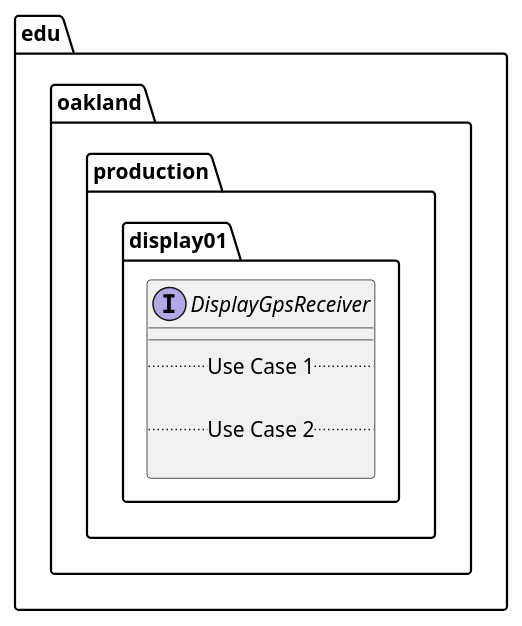
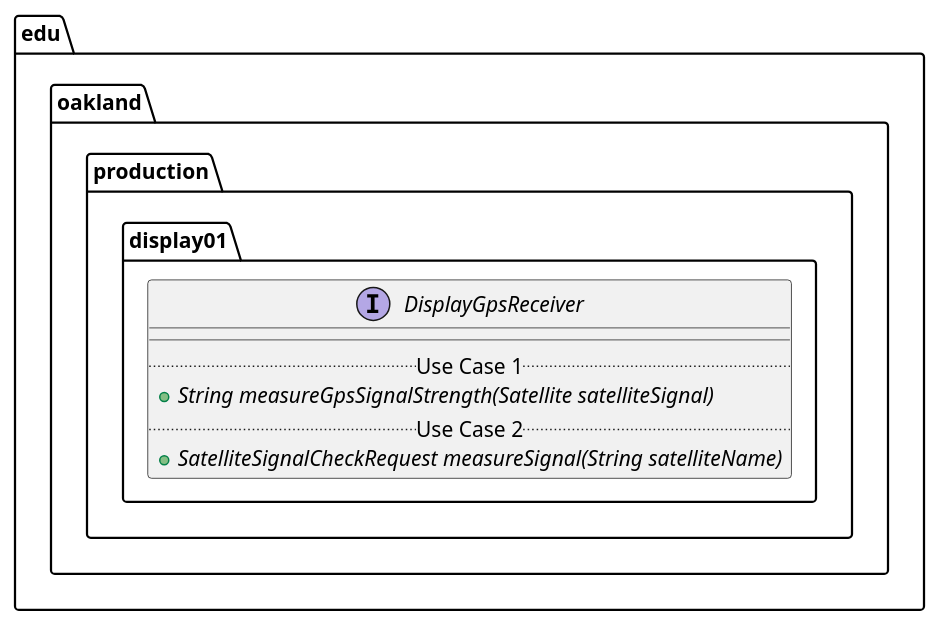
Before and after one commit to elilley15/csi-3370-software-project: the diagram in docs/uml-class-diagrams/display01/production/DisplayGpsReceiver/DisplayGpsReceiver.puml, drawn with PlantUML. The commit also changed 2 other files, not shown here.

Commit message:
[Display_01] Update Display_01 Public Interface UML Class Diagrams (#16)
* Update DisplayGpsInterface.puml

Adding public methods

* Update DisplayGpsReceiver.puml (#17)

added displayGPSReciever Public Methods

* Update DisplayGpsManager.puml (#18)

added public methods

```diff
--- a/docs/uml-class-diagrams/display01/production/DisplayGpsReceiver/DisplayGpsReceiver.puml
+++ b/docs/uml-class-diagrams/display01/production/DisplayGpsReceiver/DisplayGpsReceiver.puml
@@ -1,13 +1,13 @@
 @startuml DisplayGpsReceiver
 
 package edu.oakland.production.display01 {
     interface DisplayGpsReceiver {
         __
         .. Use Case 1 ..
-
+        {abstract} + String measureGpsSignalStrength(Satellite satelliteSignal)
         .. Use Case 2 ..
-
+        {abstract} + SatelliteSignalCheckRequest measureSignal(String satelliteName)
     }
 }
 
 @enduml
```
